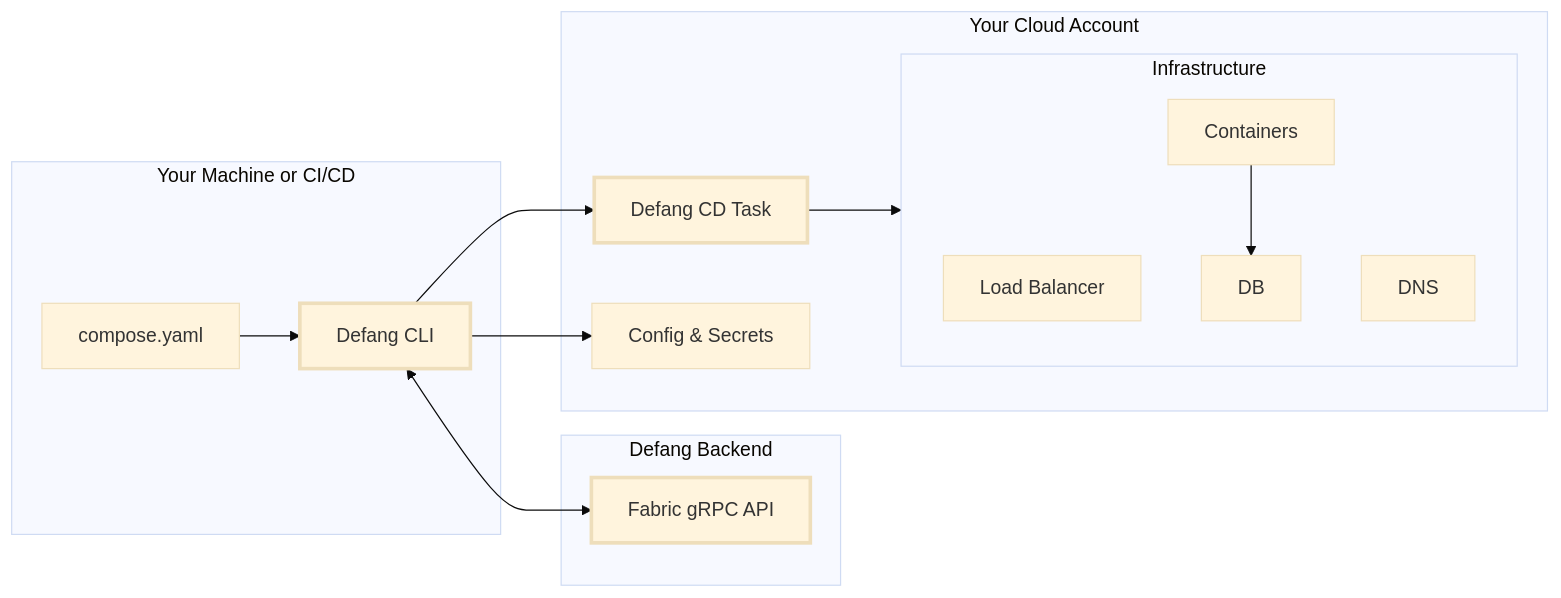
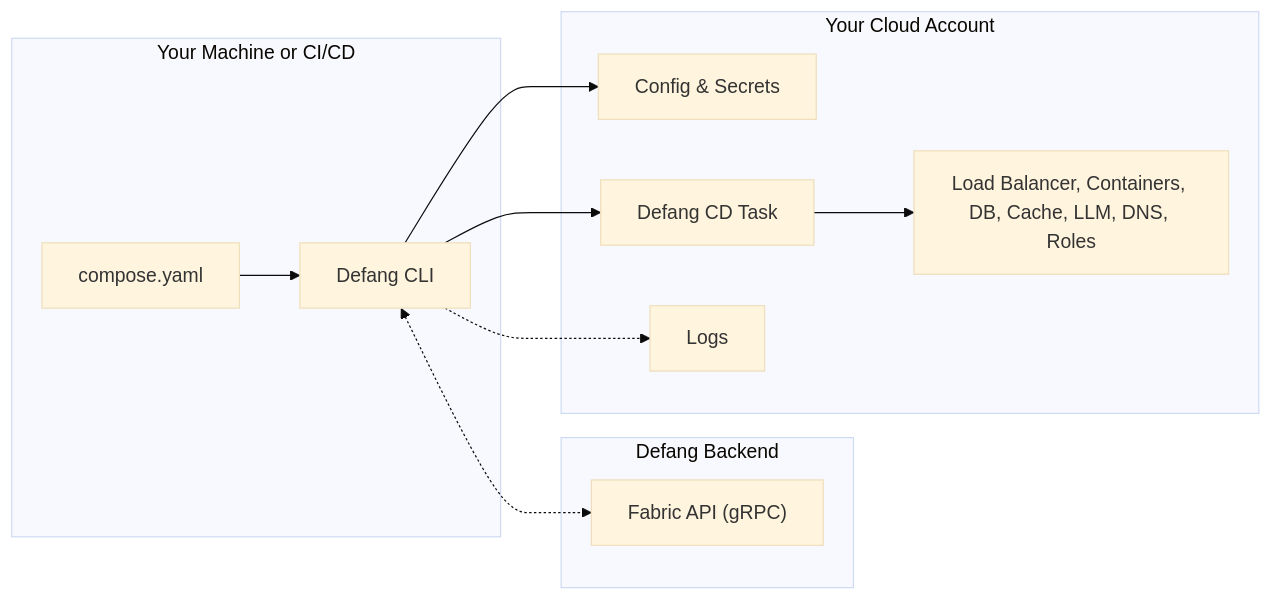
The diagram in README.md (DefangLabs/defang), drawn with Mermaid (base theme) before and after one commit. The commit also changed other lines of this file, not shown here.

Commit message:
Refine README content and fix terminology
Updated README to improve clarity and correct terminology. [no ci]

````diff
--- a/README.md
+++ b/README.md
@@ -13,32 +13,29 @@
 ```mermaid
 flowchart LR
-    subgraph local["Your Machine or CI/CD"]
-        compose["compose.yaml"]
-        cli["Defang CLI"]
-        style cli stroke-width:3px
-  end
 
-    subgraph defang["Defang Backend"]
-        fabric["Fabric gRPC API"]
-        style fabric stroke-width:3px
-    end
+subgraph local["Your Machine or CI/CD"]
+    compose["compose.yaml"] --> cli["Defang CLI"]
+end
 
-    subgraph cloud["Your Cloud Account"]
-        cd["Defang CD Task"]
-        style cd stroke-width:3px
-        secrets["Config & Secrets"]
-        subgraph infra["Infrastructure"]
-            lb["Load Balancer"]
-            containers["Containers"]
-            db["DB"]
-            dns["DNS"]
-        end
-    end
+subgraph defang["Defang Backend"]
+    fabric["Fabric API (gRPC)"]
+end
 
-    compose --> cli
-    cli <--> fabric
-    cli --> cd
-    cli --> secrets
-    cd --> infra
-    containers --> db
+subgraph cloud["Your Cloud Account"]
+    secrets["Config & Secrets"]
+    cd["Defang CD Task"]
+    logs["Logs"]
+    runtime["Load Balancer, Containers, DB, Cache, LLM, DNS, Roles"]
+end
+
+%% control plane
+cli <-.-> fabric
+
+%% deploy
+cli --> secrets
+cli --> cd
+cd --> runtime
+
+%% observability
+cli -.-> logs
 ```
````
